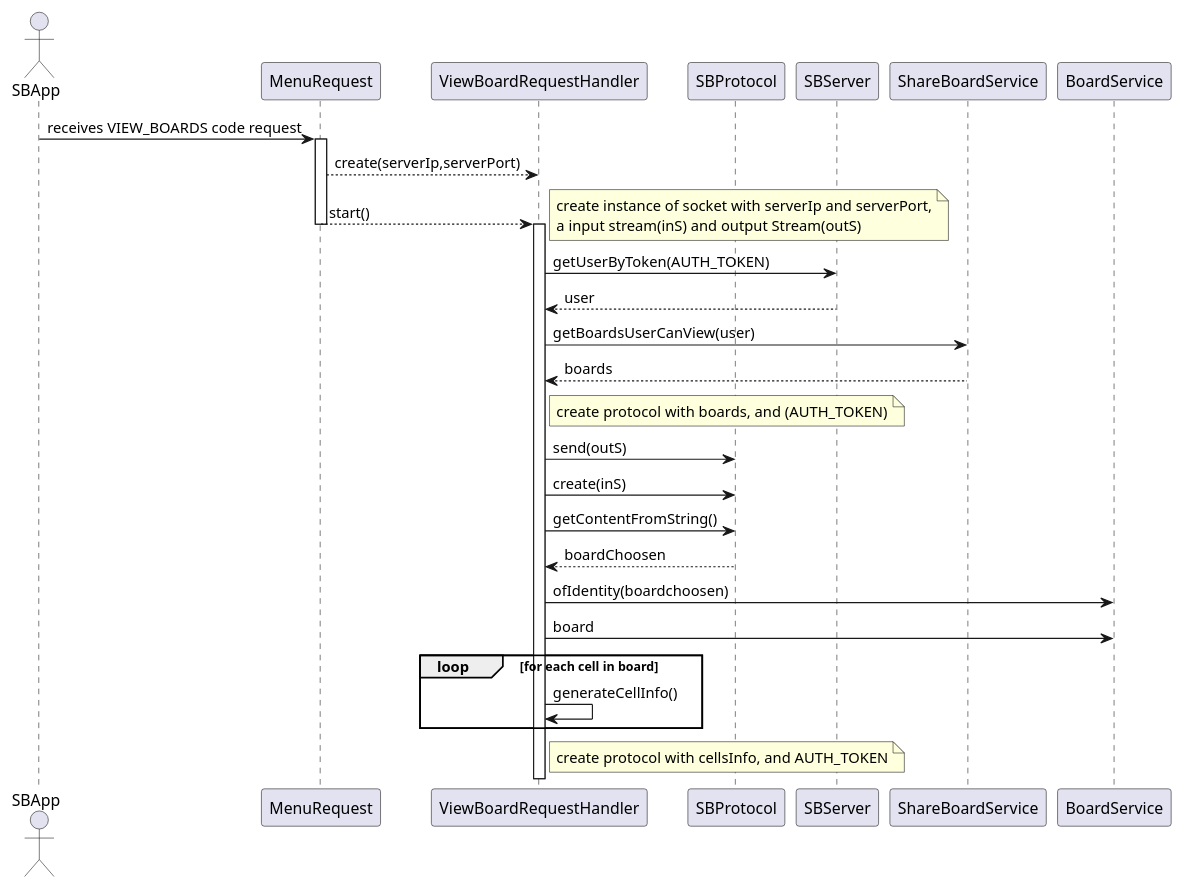
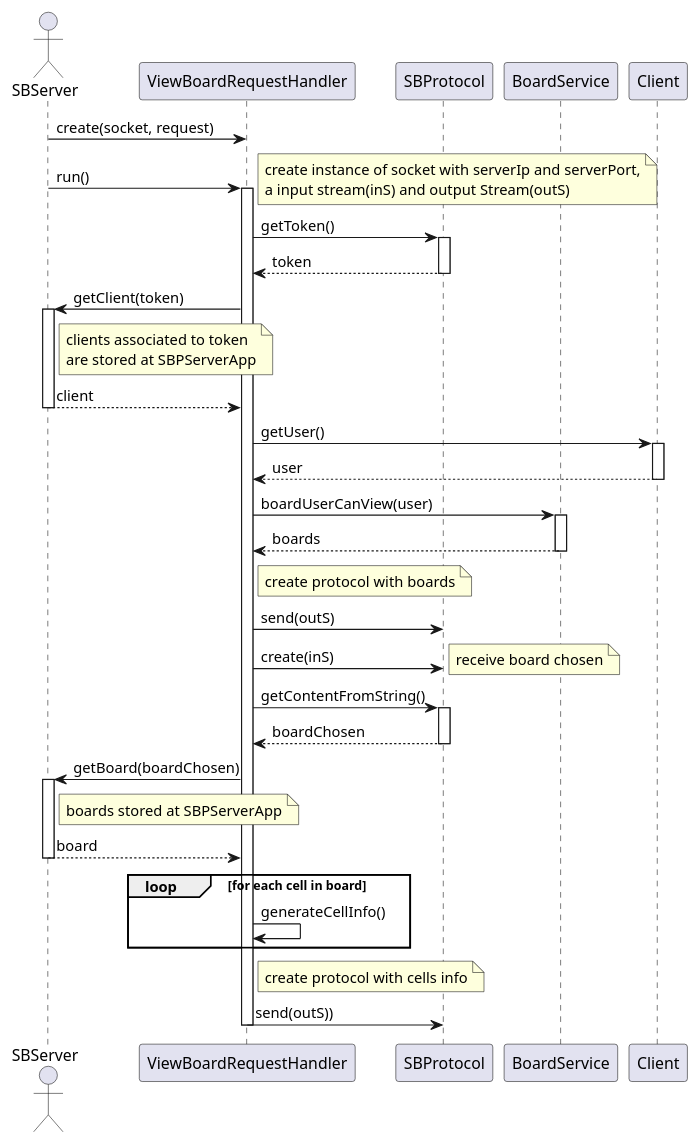
Before and after one commit to jovami/isep-lapr4: the diagram in docs/us_3005/ServerSD.puml, drawn with PlantUML. The commit also changed 5 other files, not shown here.

Commit message:
docs(use_3005): docs relating view boards

```diff
--- a/docs/us_3005/ServerSD.puml
+++ b/docs/us_3005/ServerSD.puml
@@ -1,44 +1,59 @@
-'''@startuml
-actor SBApp as user
+@startuml
+actor SBServer as server
 
-participant MenuRequest as MenuRequest
 participant ViewBoardRequestHandler as ctrl
 participant SBProtocol as protocol
-participant SBServer as server
-participant ShareBoardService as shBoardService
 participant BoardService as boardService
 
-
-user -> MenuRequest : receives VIEW_BOARDS code request
-activate MenuRequest
-    MenuRequest --> ctrl : create(serverIp,serverPort)
-    MenuRequest --> ctrl : start()
-    deactivate MenuRequest
+    server -> ctrl : create(socket, request)
+    server -> ctrl : run()
     activate ctrl
     note right : create instance of socket with serverIp and serverPort,\na input stream(inS) and output Stream(outS)
-        ctrl -> server : getUserByToken(AUTH_TOKEN)
-        ctrl <-- server : user
-        ctrl -> shBoardService : getBoardsUserCanView(user)
-        ctrl <-- shBoardService : boards
-        note right of ctrl: create protocol with boards, and (AUTH_TOKEN)
+
+        ctrl -> protocol : getToken()
+        activate protocol
+        ctrl <-- protocol : token
+        deactivate protocol
+        ctrl -> server : getClient(token)
+        activate server
+        note right of server : clients associated to token \nare stored at SBPServerApp
+        server --> ctrl : client
+        deactivate server
+        ctrl -> Client : getUser()
+        activate Client
+        ctrl <-- Client : user
+        deactivate Client
+        ctrl -> boardService : boardUserCanView(user)
+        activate boardService
+
+        ctrl <-- boardService : boards
+        deactivate boardService
+        note right of ctrl: create protocol with boards
         ctrl -> protocol : send(outS)
 
         ctrl -> protocol : create(inS)
+        note right: receive board chosen
         ctrl -> protocol : getContentFromString()
-        ctrl <-- protocol : boardChoosen
-
-        ctrl -> boardService : ofIdentity(boardchoosen)
-        ctrl -> boardService : board
+        activate protocol
+        ctrl <-- protocol : boardChosen
+        deactivate protocol
+        deactivate protocol
+        ctrl -> server : getBoard(boardChosen)
+        activate server
+        note right of server : boards stored at SBPServerApp
+        server --> ctrl : board
+        deactivate server
 
         loop for each cell in board
             ctrl -> ctrl : generateCellInfo()
         end loop
 
-        note right of ctrl: create protocol with cellsInfo, and AUTH_TOKEN
-
-    deactivate ctrl
+        note right of ctrl: create protocol with cells info
+        ctrl ->  protocol : send(outS))
 
     deactivate ctrl
 
 
+
+
 @enduml
```
